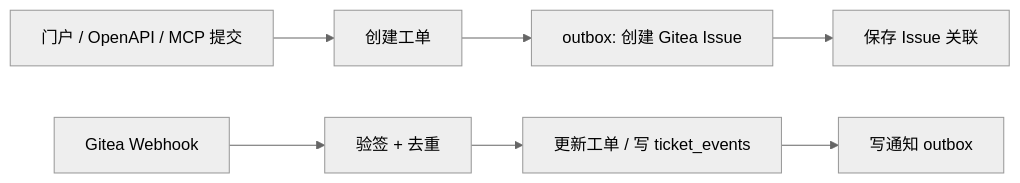
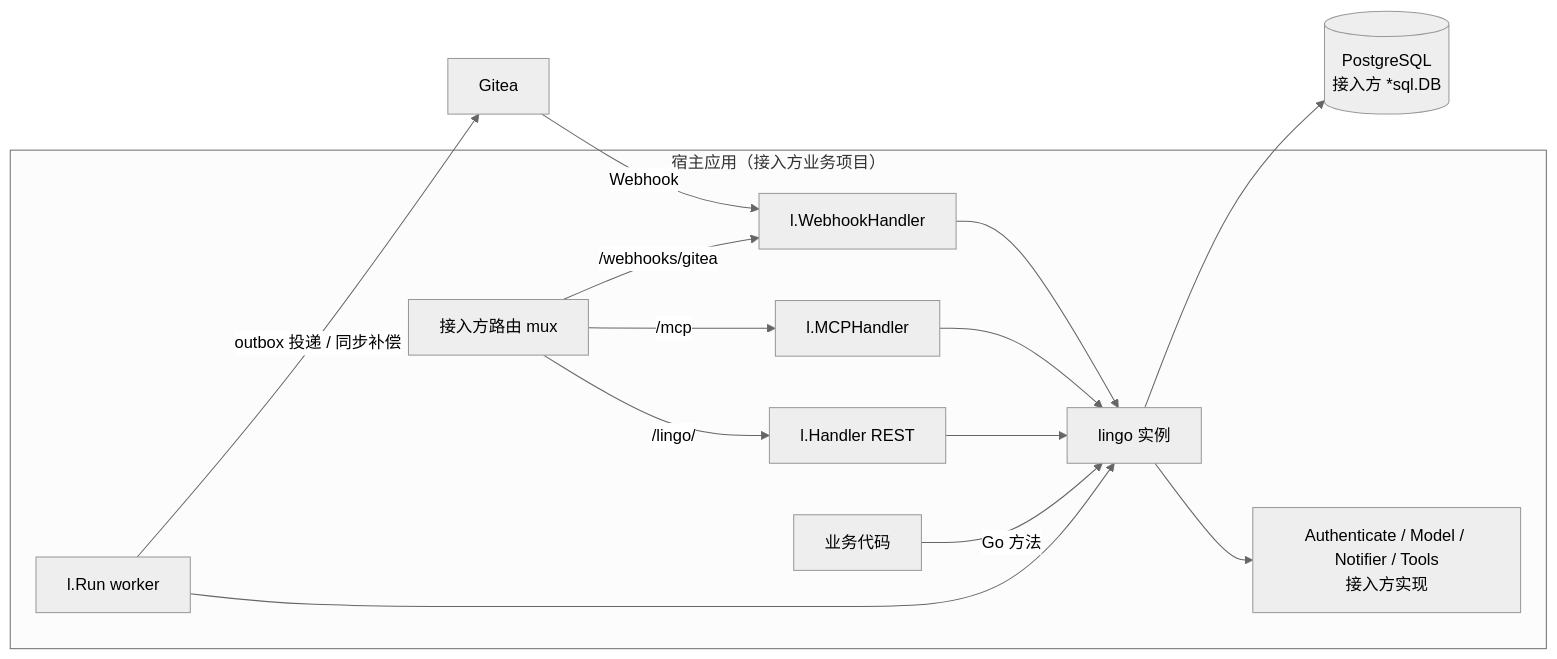
Before and after one commit to zhouhao4221/lingo: the seventh of 7 diagrams in docs/requirements/PRD.md, drawn with Mermaid. The commit also changed other lines of this file and 37 other files, not shown here.

````diff
--- a/docs/requirements/PRD.md
+++ b/docs/requirements/PRD.md
@@ -525,10 +621,18 @@
 ```mermaid
 %%{init: {'theme':'neutral'}}%%
 flowchart LR
-  A[门户 / OpenAPI / MCP 提交] --> B[创建工单]
-  B --> C[outbox: 创建 Gitea Issue]
-  C --> D[保存 Issue 关联]
-  E[Gitea Webhook] --> F[验签 + 去重]
-  F --> G[更新工单 / 写 ticket_events]
-  G --> H[写通知 outbox]
+  subgraph Host[宿主应用（接入方业务项目）]
+    Mux[接入方路由 mux] -->|/lingo/| H[l.Handler REST]
+    Mux -->|/mcp| M[l.MCPHandler]
+    Mux -->|/webhooks/gitea| W[l.WebhookHandler]
+    Biz[业务代码] -->|Go 方法| L[lingo 实例]
+    H --> L
+    M --> L
+    W --> L
+    R[l.Run worker] --> L
+    L --> X[Authenticate / Model / Notifier / Tools<br/>接入方实现]
+  end
+  L --> DB[(PostgreSQL<br/>接入方 *sql.DB)]
+  R -->|outbox 投递 / 同步补偿| G[Gitea]
+  G -->|Webhook| W
 ```
````
